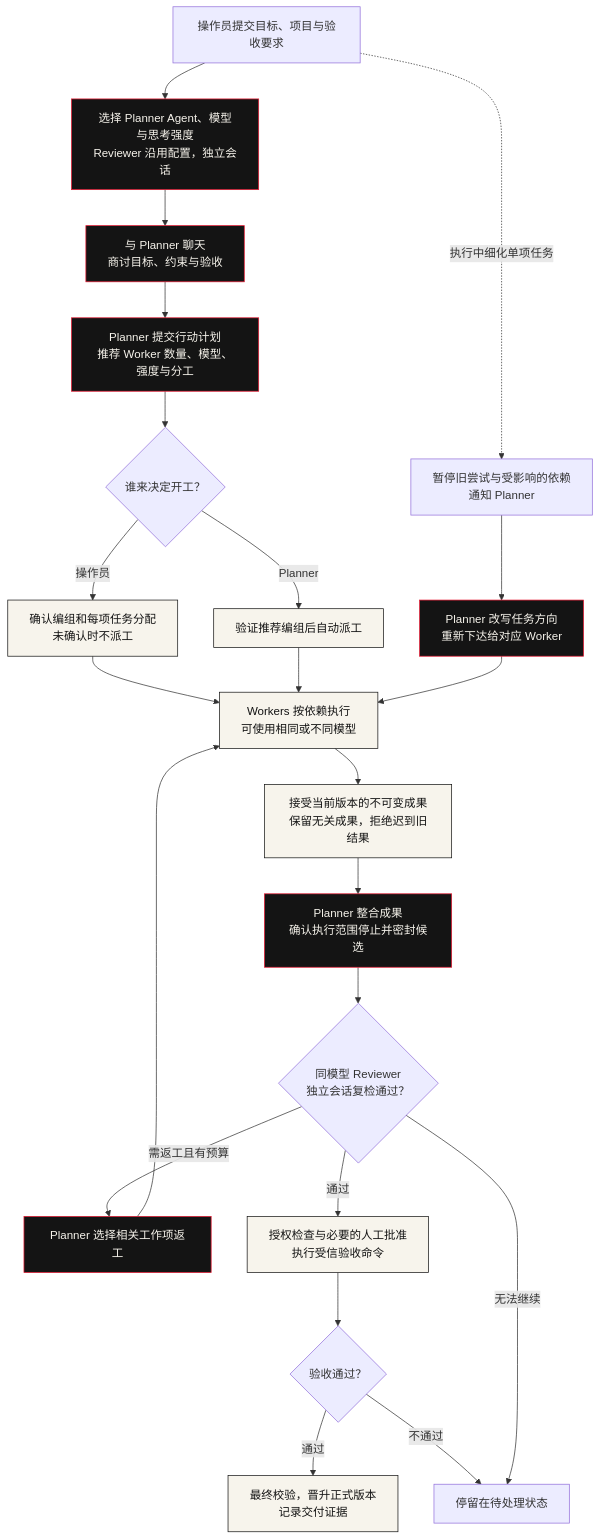
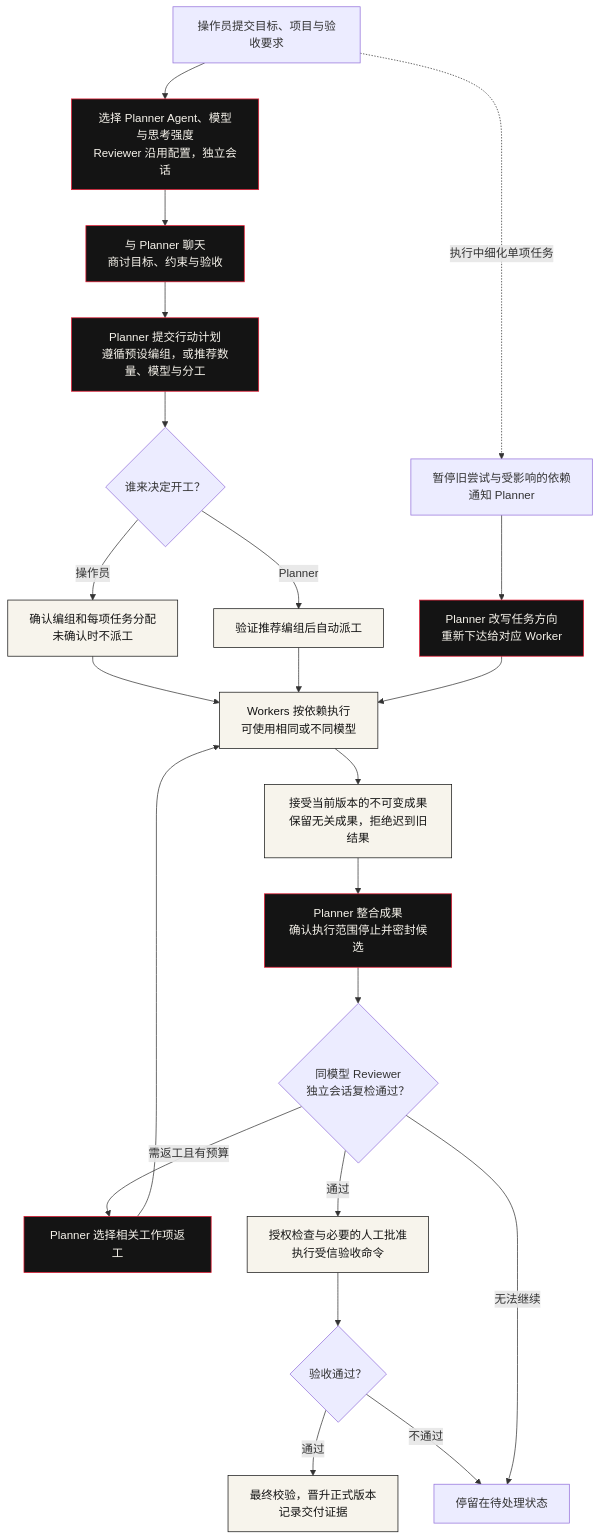
The first of 2 diagrams in README.md (rejec-rot/agent-foundry-orchestrator), drawn with Mermaid before and after one commit. The commit also changed other lines of this file and 30 other files, not shown here.

Commit message:
feat: expose Planner and per-Worker Agent configuration

````diff
--- a/README.md
+++ b/README.md
@@ -17,28 +17,28 @@
 ```mermaid
 flowchart TD
     USER["操作员提交目标、项目与验收要求"] --> MODEL["选择 Planner Agent、模型与思考强度<br/>Reviewer 沿用配置，独立会话"]
     MODEL --> CHAT["与 Planner 聊天<br/>商讨目标、约束与验收"]
-    CHAT --> PLAN["Planner 提交行动计划<br/>推荐 Worker 数量、模型、强度与分工"]
+    CHAT --> PLAN["Planner 提交行动计划<br/>遵循预设编组，或推荐数量、模型与分工"]
     PLAN --> MODE{"谁来决定开工？"}
     MODE -- "操作员" --> CONFIRM["确认编组和每项任务分配<br/>未确认时不派工"]
     MODE -- "Planner" --> AUTO["验证推荐编组后自动派工"]
     CONFIRM --> WORK["Workers 按依赖执行<br/>可使用相同或不同模型"]
     AUTO --> WORK
     USER -. "执行中细化单项任务" .-> HOLD["暂停旧尝试与受影响的依赖<br/>通知 Planner"]
     HOLD --> CHANGE["Planner 改写任务方向<br/>重新下达给对应 Worker"]
     CHANGE --> WORK
     WORK --> ART["接受当前版本的不可变成果<br/>保留无关成果，拒绝迟到旧结果"]
     ART --> INTEGRATE["Planner 整合成果<br/>确认执行范围停止并密封候选"]
     INTEGRATE --> REVIEW{"同模型 Reviewer<br/>独立会话复检通过？"}
     REVIEW -- "需返工且有预算" --> FIX["Planner 选择相关工作项返工"]
     FIX --> WORK
     REVIEW -- "通过" --> GATE["授权检查与必要的人工批准<br/>执行受信验收命令"]
     GATE --> PASS{"验收通过？"}
     PASS -- "通过" --> DONE["最终校验，晋升正式版本<br/>记录交付证据"]
     PASS -- "不通过" --> BLOCK["停留在待处理状态"]
     REVIEW -- "无法继续" --> BLOCK
     classDef planner fill:#141414,stroke:#e81932,color:#f7f4ec;
     classDef action fill:#f7f4ec,stroke:#141414,color:#141414;
     class MODEL,CHAT,PLAN,CHANGE,INTEGRATE,FIX planner;
     class CONFIRM,AUTO,WORK,ART,GATE,DONE action;
 ```
````
